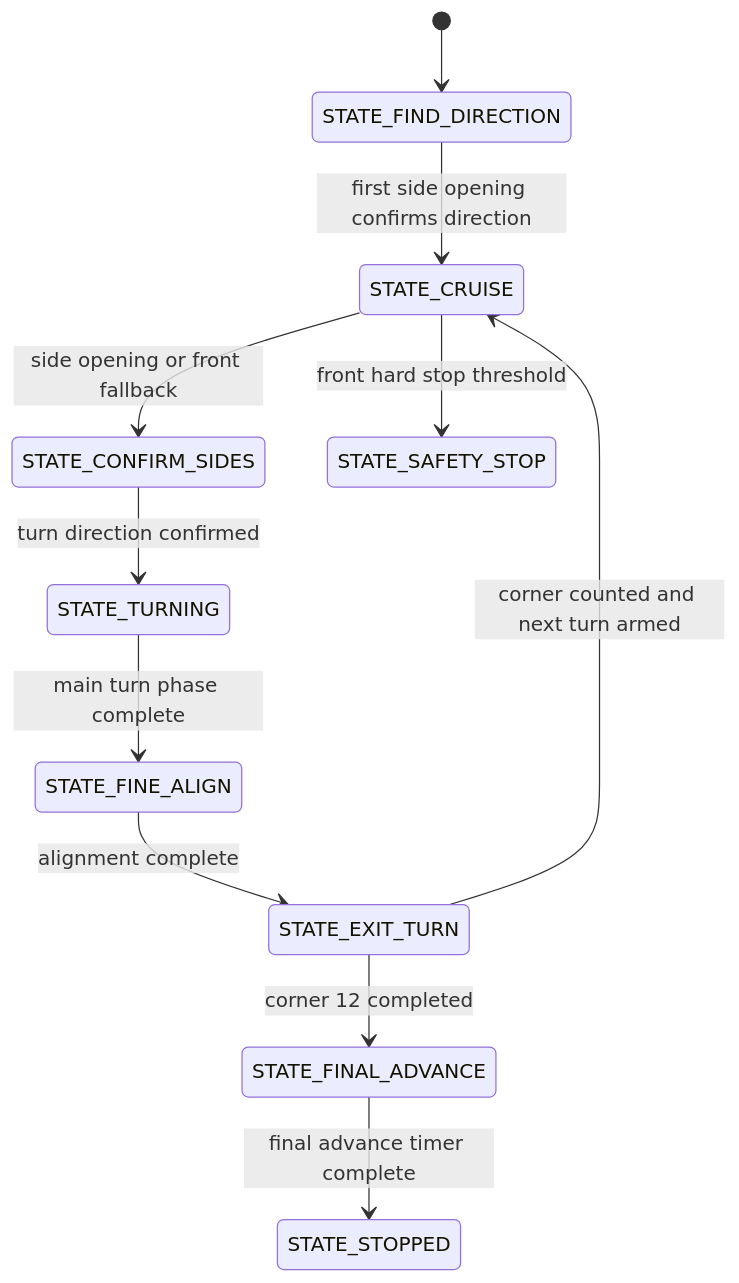
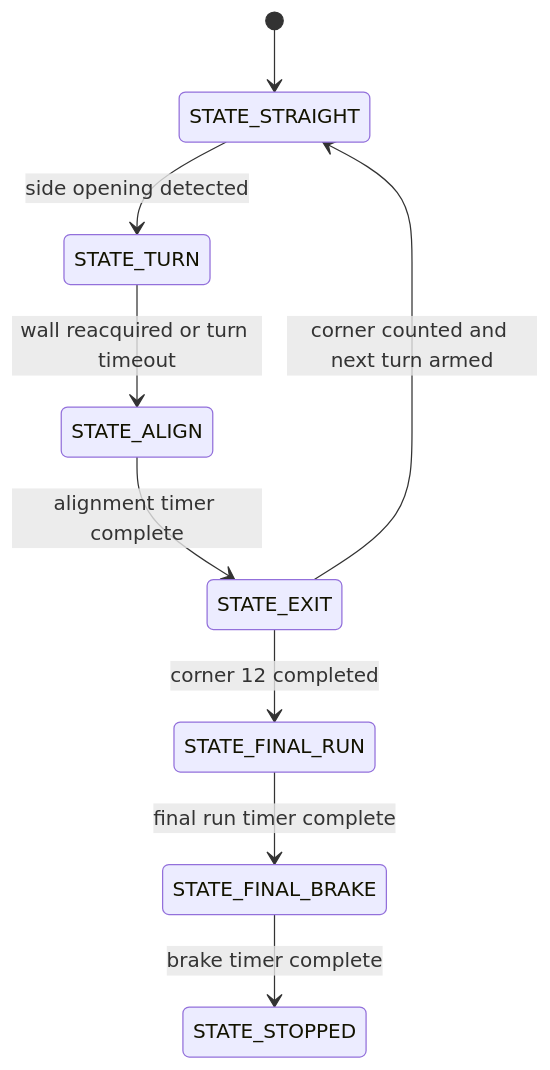
One commit to Yamilgmr/SKRobotics_WRO2026 changed the diagram in docs/05_software_architecture.md. Above: the diagram before and after it, drawn with Mermaid. The commit also changed other lines of this file and 13 other files, not shown here.

````diff
--- a/docs/05_software_architecture.md
+++ b/docs/05_software_architecture.md
@@ -11,13 +11,11 @@
 ```mermaid
 stateDiagram-v2
-    [*] --> STATE_FIND_DIRECTION
-    STATE_FIND_DIRECTION --> STATE_CRUISE: first side opening confirms direction
-    STATE_CRUISE --> STATE_CONFIRM_SIDES: side opening or front fallback
-    STATE_CONFIRM_SIDES --> STATE_TURNING: turn direction confirmed
-    STATE_TURNING --> STATE_FINE_ALIGN: main turn phase complete
-    STATE_FINE_ALIGN --> STATE_EXIT_TURN: alignment complete
-    STATE_EXIT_TURN --> STATE_CRUISE: corner counted and next turn armed
-    STATE_EXIT_TURN --> STATE_FINAL_ADVANCE: corner 12 completed
-    STATE_FINAL_ADVANCE --> STATE_STOPPED: final advance timer complete
-    STATE_CRUISE --> STATE_SAFETY_STOP: front hard stop threshold
+    [*] --> STATE_STRAIGHT
+    STATE_STRAIGHT --> STATE_TURN: side opening detected
+    STATE_TURN --> STATE_ALIGN: wall reacquired or turn timeout
+    STATE_ALIGN --> STATE_EXIT: alignment timer complete
+    STATE_EXIT --> STATE_STRAIGHT: corner counted and next turn armed
+    STATE_EXIT --> STATE_FINAL_RUN: corner 12 completed
+    STATE_FINAL_RUN --> STATE_FINAL_BRAKE: final run timer complete
+    STATE_FINAL_BRAKE --> STATE_STOPPED: brake timer complete
 ```
````
